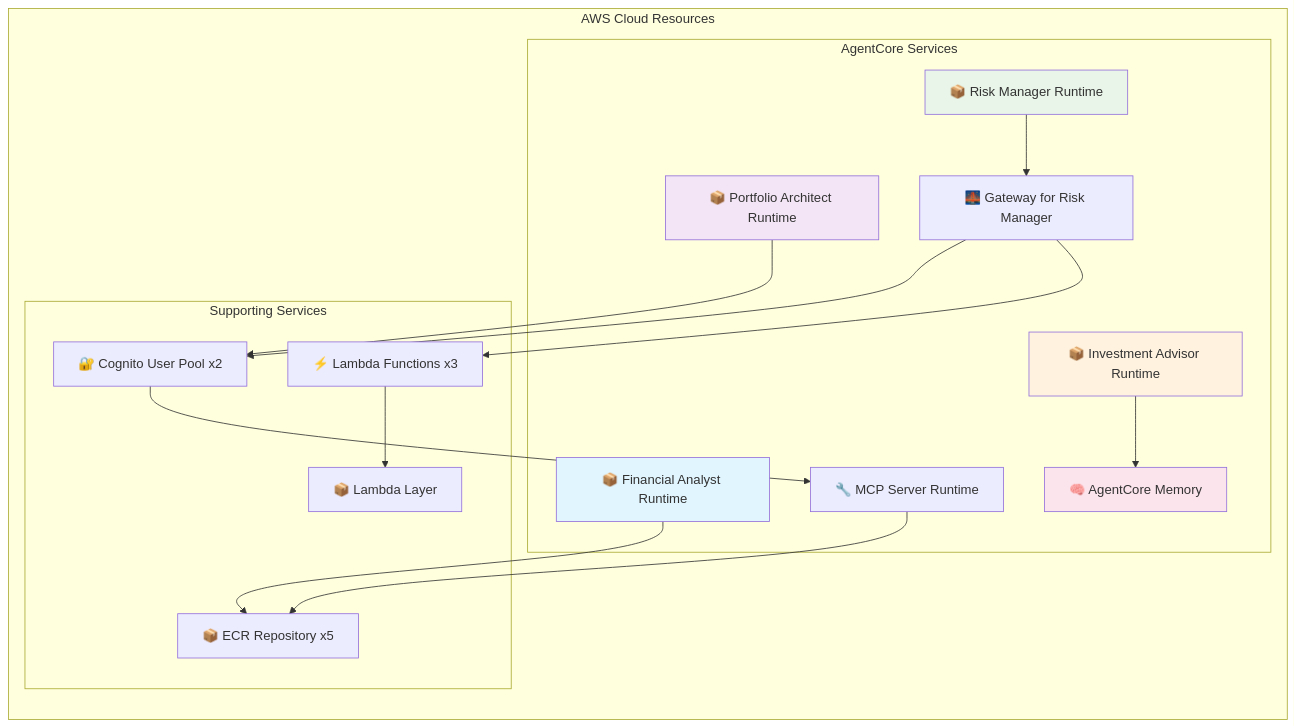
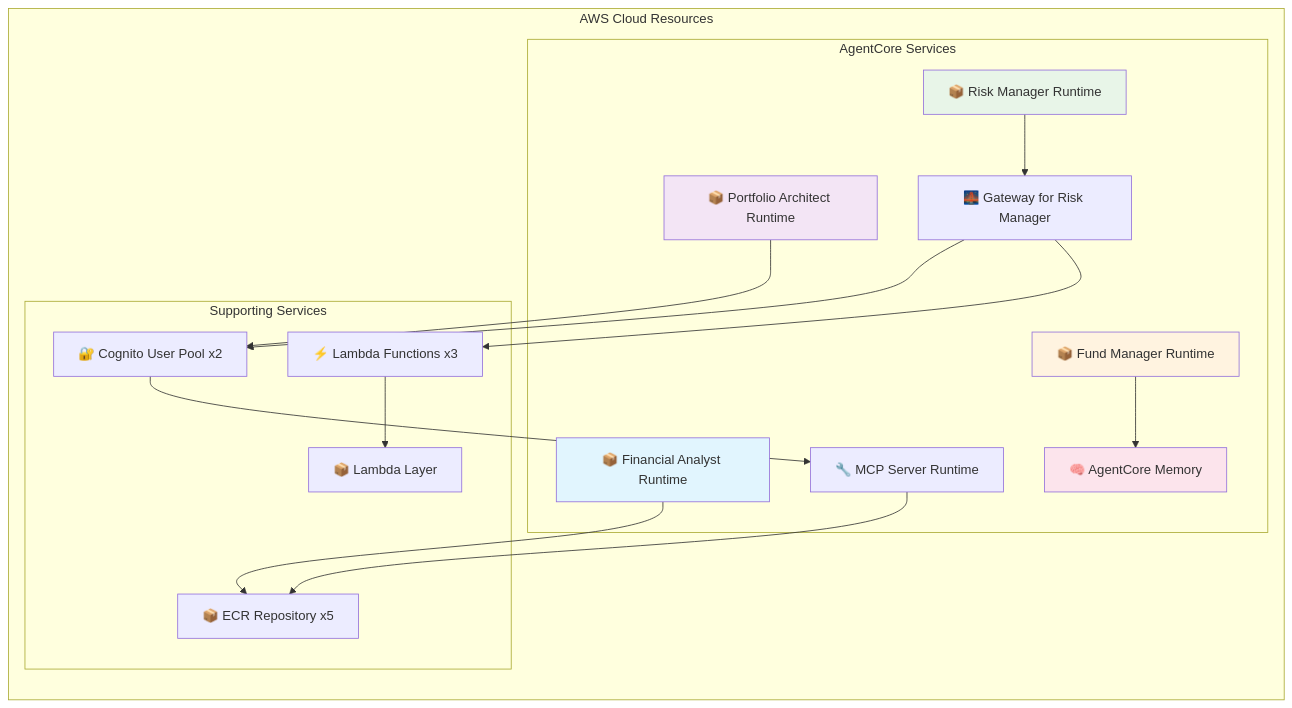
Before and after one commit to ksgsslee/agentic_ai_fund_manager: the diagram in README.md, drawn with Mermaid. The commit also changed other lines of this file and 17 other files, not shown here.

````diff
--- a/README.md
+++ b/README.md
@@ -298,37 +298,37 @@
 ```mermaid
 graph LR
     subgraph "AWS Cloud Resources"
         subgraph "AgentCore Services"
             RT1[📦 Financial Analyst Runtime]
             RT2[📦 Portfolio Architect Runtime]
             RT3[📦 Risk Manager Runtime]
-            RT4[📦 Investment Advisor Runtime]
+            RT4[📦 Fund Manager Runtime]
             MCP[🔧 MCP Server Runtime]
             MEM[🧠 AgentCore Memory]
             GW[🌉 Gateway for Risk Manager]
         end
         
         subgraph "Supporting Services"
             LAM[⚡ Lambda Functions x3]
             LAY[📦 Lambda Layer]
             COG[🔐 Cognito User Pool x2]
             ECR[📦 ECR Repository x5]
         end
     end
     
     RT1 --> ECR
     RT2 --> COG
     RT3 --> GW
     RT4 --> MEM
     COG --> MCP
     GW --> COG
     GW --> LAM
     LAM --> LAY
     MCP --> ECR
     
     style RT1 fill:#e1f5fe
     style RT2 fill:#f3e5f5
     style RT3 fill:#e8f5e8
     style RT4 fill:#fff3e0
     style MEM fill:#fce4ec
 ```
````
